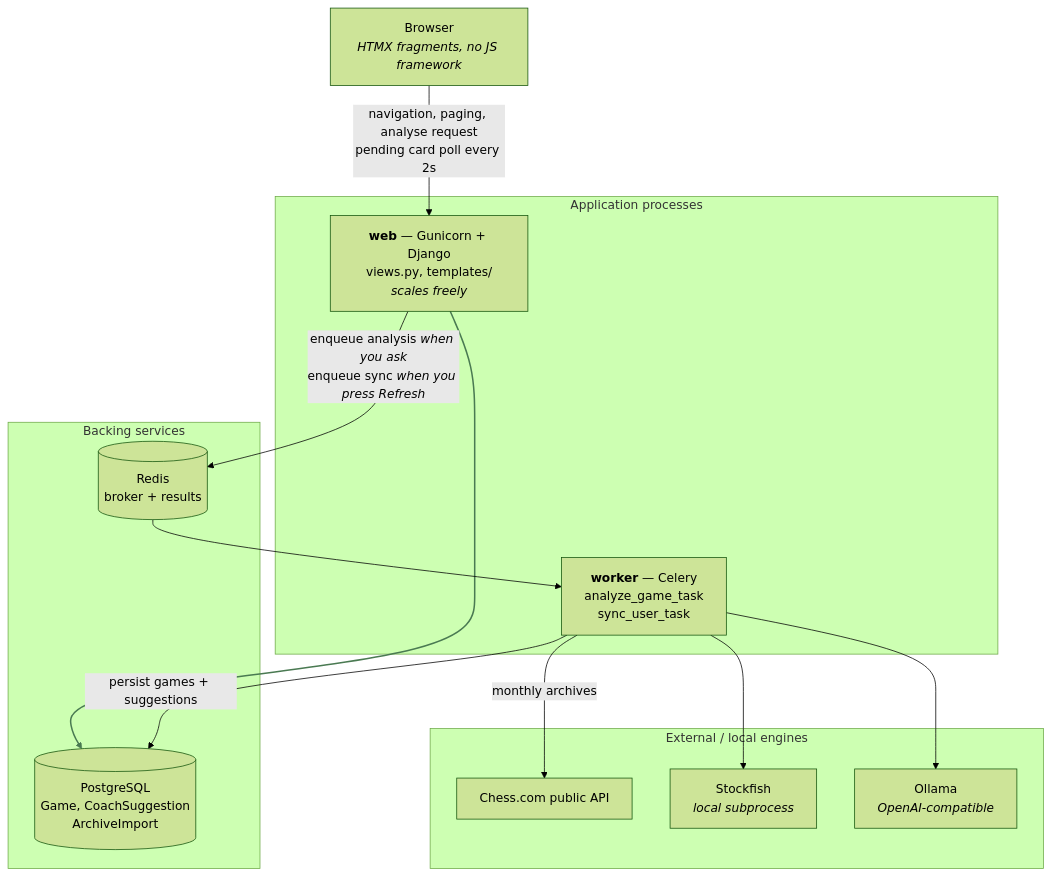
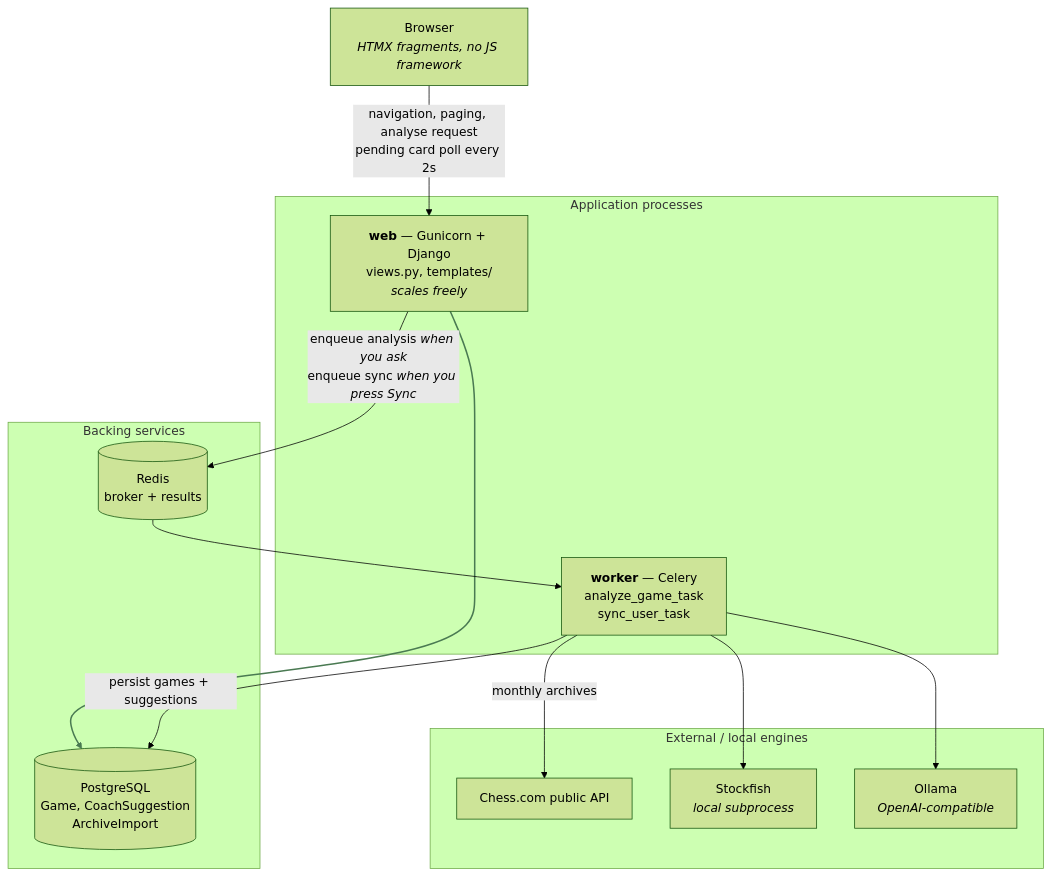
The first of 2 diagrams in docs/architecture.md (gab-25/chessdotcom_ai_coach), drawn with Mermaid (forest theme) before and after one commit. The commit also changed other lines of this file and 15 other files, not shown here.

First line of the commit message:
Call the home page's sync trigger Sync, not Refresh

````diff
--- a/docs/architecture.md
+++ b/docs/architecture.md
@@ -34,31 +34,31 @@
 ```mermaid
 graph TD
     Browser["Browser<br/><i>HTMX fragments, no JS framework</i>"]
 
     subgraph app["Application processes"]
         Web["<b>web</b> — Gunicorn + Django<br/>views.py, templates/<br/><i>scales freely</i>"]
         Worker["<b>worker</b> — Celery<br/>analyze_game_task<br/>sync_user_task"]
     end
 
     subgraph infra["Backing services"]
         PG[("PostgreSQL<br/>Game, CoachSuggestion<br/>ArchiveImport")]
         Redis[("Redis<br/>broker + results")]
     end
 
     subgraph ext["External / local engines"]
         ChessCom["Chess.com public API"]
         SF["Stockfish<br/><i>local subprocess</i>"]
         LLM["Ollama<br/><i>OpenAI-compatible</i>"]
     end
 
     Browser -->|"navigation, paging, analyse request<br/>pending card poll every 2s"| Web
     Web --> PG
-    Web -->|"enqueue analysis <i>when you ask</i><br/>enqueue sync <i>when you press Refresh</i>"| Redis
+    Web -->|"enqueue analysis <i>when you ask</i><br/>enqueue sync <i>when you press Sync</i>"| Redis
     Redis --> Worker
     Worker -->|"monthly archives"| ChessCom
     Worker --> SF
     Worker --> LLM
     Worker -->|"persist games + suggestions"| PG
 
     linkStyle 1 stroke:#4a7a52,stroke-width:2px
 ```
````
